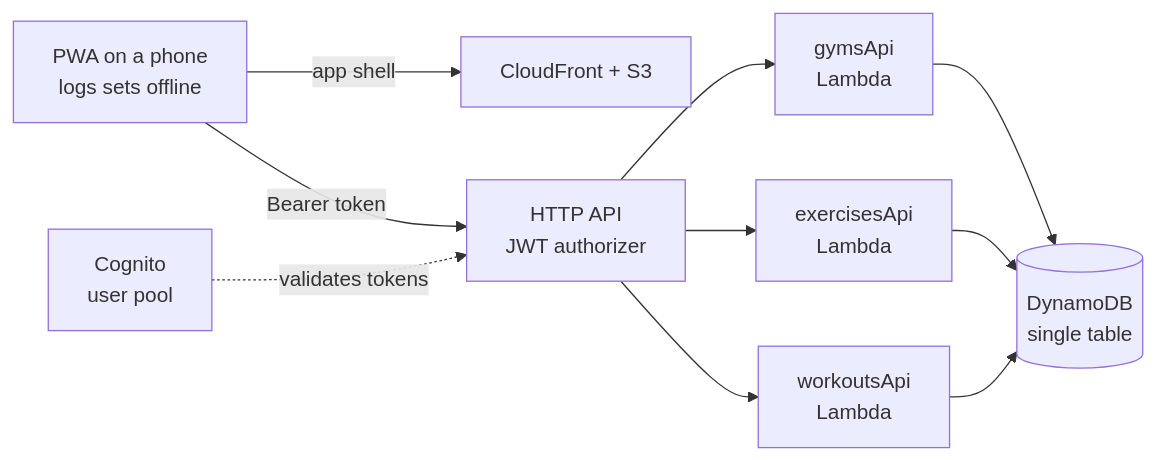
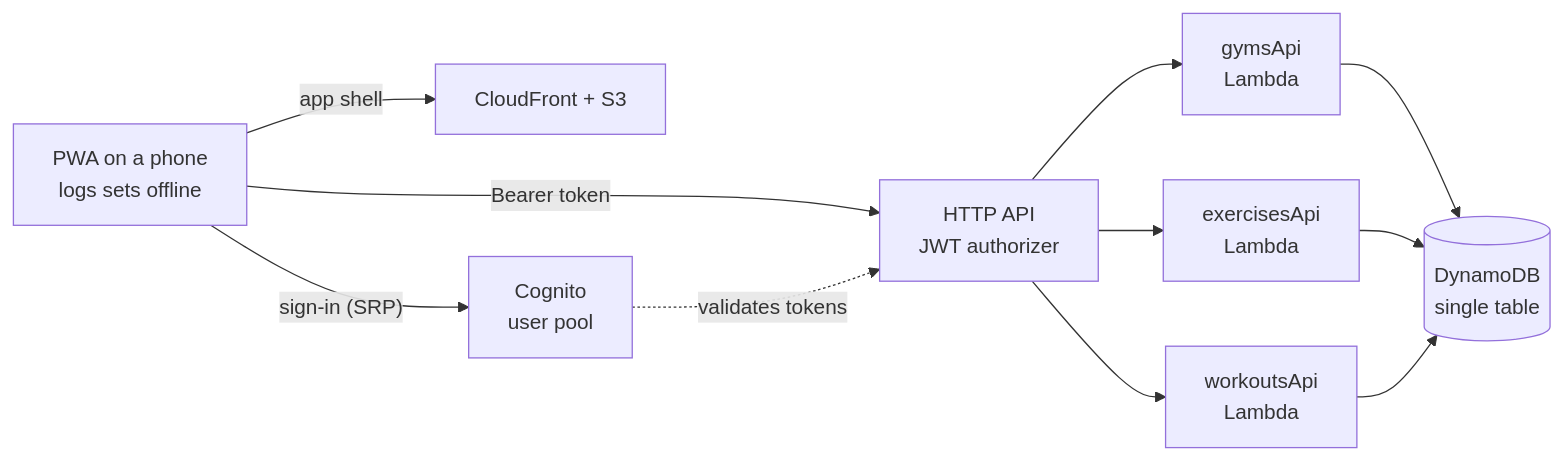
The first of 3 diagrams in README.md (landoicco/etiya), drawn with Mermaid before and after one commit. The commit also changed other lines of this file and 5 other files, not shown here.

````diff
--- a/README.md
+++ b/README.md
@@ -19,13 +19,14 @@
 ```mermaid
 flowchart LR
     Phone["PWA on a phone<br/>logs sets offline"]
     Phone -->|"app shell"| CF["CloudFront + S3"]
+    Phone -->|"sign-in (SRP)"| Cognito["Cognito<br/>user pool"]
     Phone -->|"Bearer token"| API["HTTP API<br/>JWT authorizer"]
-    Cognito["Cognito<br/>user pool"] -. "validates tokens" .-> API
+    Cognito -. "validates tokens" .-> API
     API --> Gyms["gymsApi<br/>Lambda"]
     API --> Exercises["exercisesApi<br/>Lambda"]
     API --> Workouts["workoutsApi<br/>Lambda"]
     Gyms --> DDB[("DynamoDB<br/>single table")]
     Exercises --> DDB
     Workouts --> DDB
 ```
````
